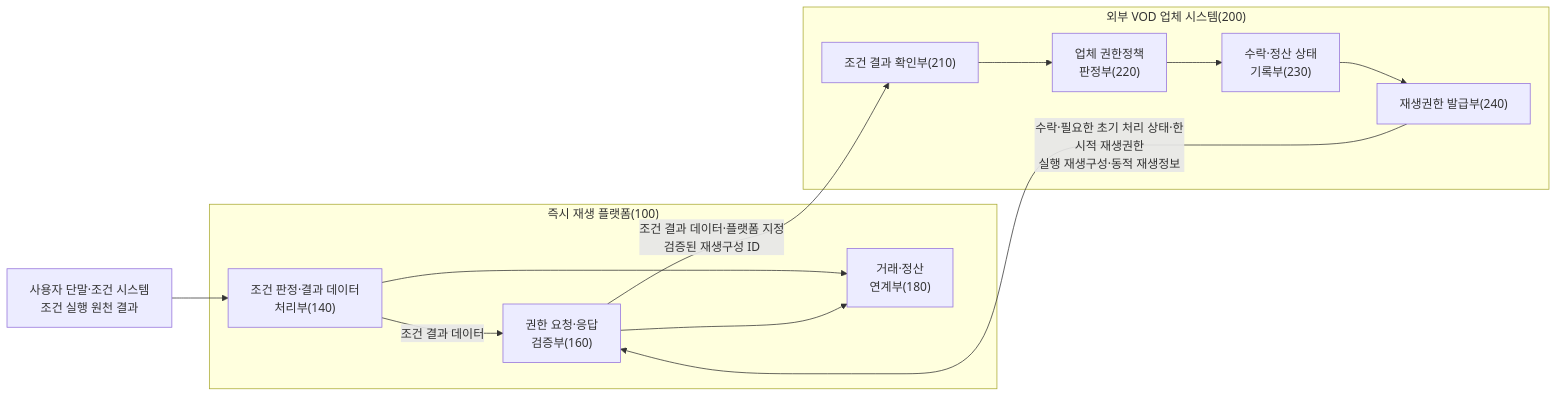
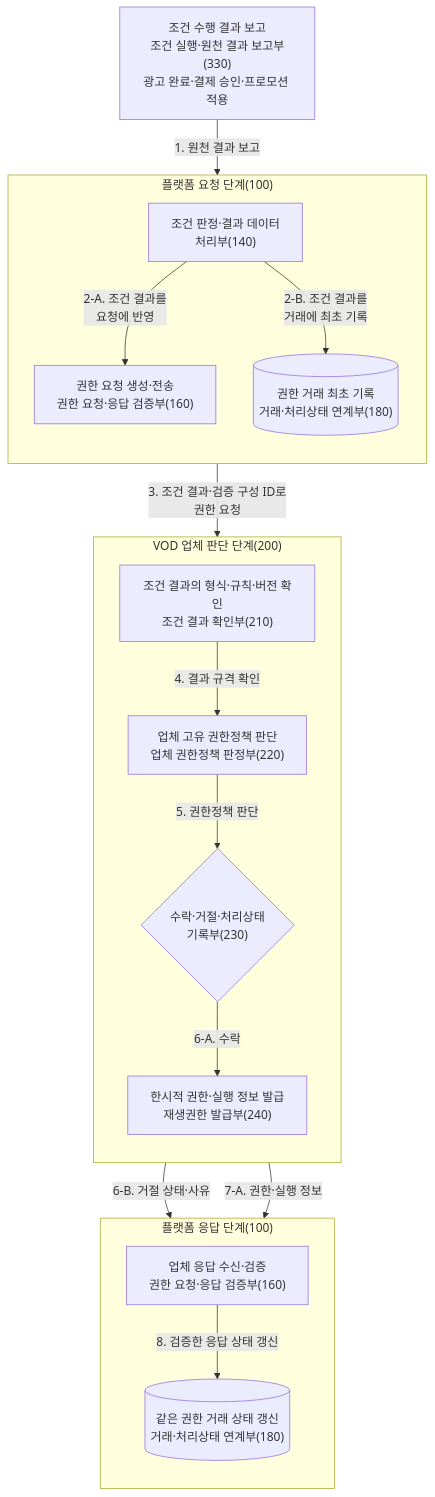
Before and after one commit to growdai1y/instant-play: the third of 14 diagrams in instant_play_직무발명서_개선본.md, drawn with Mermaid. The commit also changed other lines of this file and 1 other file, not shown here.

````diff
--- a/instant_play_직무발명서_개선본.md
+++ b/instant_play_직무발명서_개선본.md
@@ -206,29 +211,39 @@
 ```mermaid
-flowchart LR
-    SOURCE["사용자 단말·조건 시스템<br/>조건 실행 원천 결과"]
+flowchart TB
+    SOURCE["조건 수행 결과 보고<br/>조건 실행·원천 결과 보고부(330)<br/>광고 완료·결제 승인·프로모션 적용"]
 
-    subgraph PLATFORM["즉시 재생 플랫폼(100)"]
+    subgraph PLATFORM_REQUEST["플랫폼 요청 단계(100)"]
+        direction TB
         CONDITION["조건 판정·결과 데이터<br/>처리부(140)"]
-        GRANT["권한 요청·응답<br/>검증부(160)"]
-        SETTLE["거래·정산<br/>연계부(180)"]
+        REQUEST["권한 요청 생성·전송<br/>권한 요청·응답 검증부(160)"]
+        TX_INITIAL[("권한 거래 최초 기록<br/>거래·처리상태 연계부(180)")]
 
-        CONDITION -->|"조건 결과 데이터"| GRANT
-        CONDITION --> SETTLE
-        GRANT --> SETTLE
+        CONDITION -->|"2-A. 조건 결과를<br/>요청에 반영"| REQUEST
+        CONDITION -->|"2-B. 조건 결과를<br/>거래에 최초 기록"| TX_INITIAL
     end
 
-    subgraph PROVIDER["외부 VOD 업체 시스템(200)"]
-        RESULTCHECK["조건 결과 확인부(210)"]
-        RIGHTSCHECK["업체 권한정책<br/>판정부(220)"]
-        RECORD["수락·정산 상태<br/>기록부(230)"]
-        ISSUE["재생권한 발급부(240)"]
+    subgraph PROVIDER["VOD 업체 판단 단계(200)"]
+        direction TB
+        RESULTCHECK["조건 결과의 형식·규칙·버전 확인<br/>조건 결과 확인부(210)"]
+        RIGHTSCHECK["업체 고유 권한정책 판단<br/>업체 권한정책 판정부(220)"]
+        RECORD{"수락·거절·처리상태<br/>기록부(230)"}
+        ISSUE["한시적 권한·실행 정보 발급<br/>재생권한 발급부(240)"]
 
-        RESULTCHECK --> RIGHTSCHECK
-        RIGHTSCHECK --> RECORD
-        RECORD --> ISSUE
+        RESULTCHECK -->|"4. 결과 규격 확인"| RIGHTSCHECK
+        RIGHTSCHECK -->|"5. 권한정책 판단"| RECORD
+        RECORD -->|"6-A. 수락"| ISSUE
     end
 
-    SOURCE --> CONDITION
-    GRANT -->|"조건 결과 데이터·플랫폼 지정<br/>검증된 재생구성 ID"| RESULTCHECK
-    ISSUE -->|"수락·필요한 초기 처리 상태·한시적 재생권한<br/>실행 재생구성·동적 재생정보"| GRANT
+    subgraph PLATFORM_RESPONSE["플랫폼 응답 단계(100)"]
+        direction TB
+        RESPONSE["업체 응답 수신·검증<br/>권한 요청·응답 검증부(160)"]
+        TX_UPDATE[("같은 권한 거래 상태 갱신<br/>거래·처리상태 연계부(180)")]
+
+        RESPONSE -->|"8. 검증한 응답 상태 갱신"| TX_UPDATE
+    end
+
+    SOURCE -->|"1. 원천 결과 보고"| CONDITION
+    REQUEST -->|"3. 조건 결과·검증 구성 ID로<br/>권한 요청"| RESULTCHECK
+    RECORD -->|"6-B. 거절 상태·사유"| RESPONSE
+    ISSUE -->|"7-A. 권한·실행 정보"| RESPONSE
 ```
````
